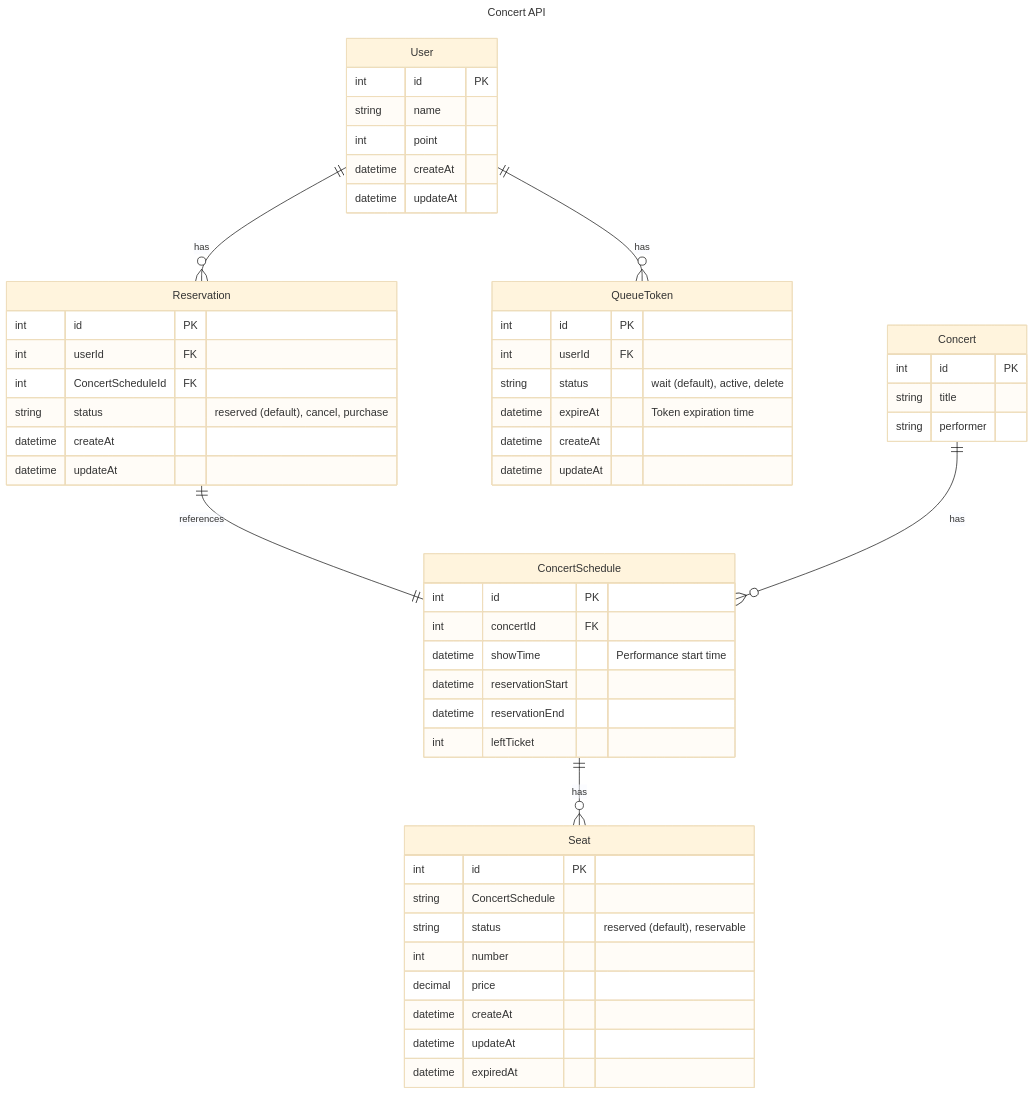
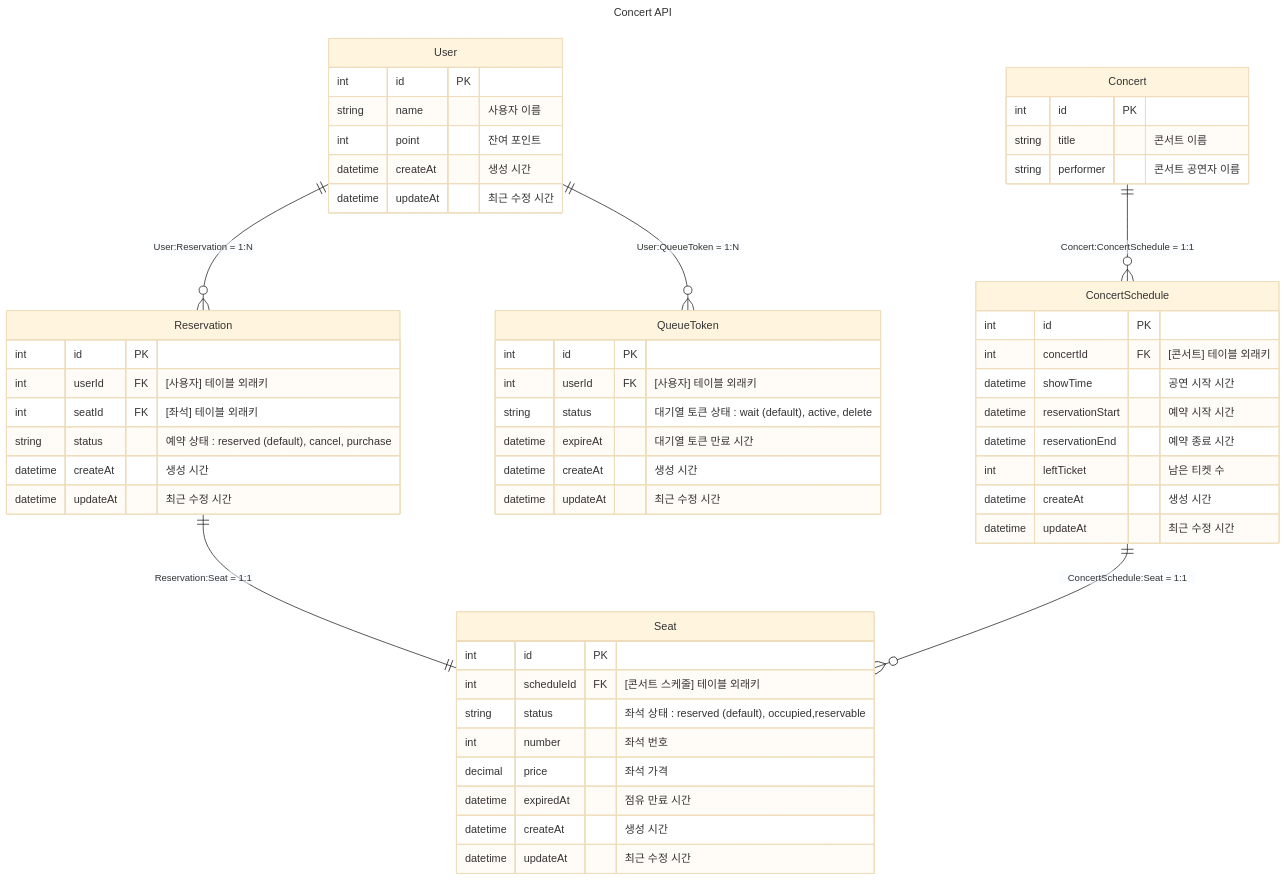
The diagram in design/erd/concertApi.md (GustavEiffels/hhplus_server_build), drawn with Mermaid (base theme) before and after one commit.

Commit message:
[fik] erd 수정 완료

````diff
--- a/design/erd/concertApi.md
+++ b/design/erd/concertApi.md
@@ -1,61 +1,64 @@
 ```mermaid
 ---
 title: Concert API
 ---
 erDiagram
     User {
-        int id PK
-        string name
-        int point
-        datetime createAt
-        datetime updateAt
+        int id PK           
+        string name         "사용자 이름 "
+        int point           "잔여 포인트"
+        datetime createAt   "생성 시간"
+        datetime updateAt   "최근 수정 시간"
     }
     Seat {
         int id PK
-        string ConcertSchedule
-        string status "reserved (default), reservable"
-        int number
-        decimal price
-        datetime createAt
-        datetime updateAt
-        datetime expiredAt
+        int scheduleId    FK    "[콘서트 스케줄] 테이블  외래키" 
+        string status           "좌석 상태 : reserved (default), occupied,reservable"
+        int number              "좌석 번호"
+        decimal price           "좌석 가격"
+        datetime expiredAt      "점유 만료 시간"
+        datetime createAt       "생성 시간"
+        datetime updateAt       "최근 수정 시간"
     }
     Reservation {
-        int id PK
-        int userId FK
-        int ConcertScheduleId FK
-        string status "reserved (default), cancel, purchase"
-        datetime createAt
-        datetime updateAt
+        int id PK               
+        int userId FK           "[사용자] 테이블 외래키"           
+        int seatId FK           "[좌석] 테이블 외래키"
+        string status           "예약 상태 : reserved (default), cancel, purchase"
+        datetime createAt       "생성 시간"
+        datetime updateAt       "최근 수정 시간"
     }
     QueueToken {
-        int id PK
-        int userId FK
-        string status "wait (default), active, delete"
-        datetime expireAt "Token expiration time"
-        datetime createAt
-        datetime updateAt
+        int id PK               
+        int userId FK       "[사용자] 테이블 외래키" 
+        string status       "대기열 토큰 상태 : wait (default), active, delete"
+        datetime expireAt   "대기열 토큰 만료 시간"
+        datetime createAt   "생성 시간"
+        datetime updateAt   "최근 수정 시간"
     }
 
     Concert {
-        int id PK
-        string title
-        string performer        
+        int id PK   
+        string title        "콘서트 이름"
+        string performer    "콘서트 공연자 이름"
     }
 
     ConcertSchedule {
         int id PK
-        int concertId FK
-        datetime showTime "Performance start time"
-        datetime reservationStart
-        datetime reservationEnd
-        int leftTicket
+        int concertId FK            "[콘서트] 테이블 외래키"
+        datetime showTime           "공연 시작 시간"
+        datetime reservationStart   "예약 시작 시간"
+        datetime reservationEnd     "예약 종료 시간"
+        int leftTicket              "남은 티켓 수"
+        datetime createAt           "생성 시간"
+        datetime updateAt           "최근 수정 시간"
+
     }
 
-    User ||--o{ Reservation : "has"
-    User ||--o{ QueueToken  : "has"
-    Reservation ||--|| ConcertSchedule : "references"
-    Concert ||--o{ ConcertSchedule : "has"
-    ConcertSchedule ||--o{ Seat : "has"
+    User ||--o{ Reservation : "User:Reservation = 1:N"
+    User ||--o{ QueueToken  : "User:QueueToken = 1:N"
+    Reservation ||--|| Seat : "Reservation:Seat = 1:1"
+    Concert ||--o{ ConcertSchedule : "Concert:ConcertSchedule = 1:1"
+    ConcertSchedule ||--o{ Seat : "ConcertSchedule:Seat = 1:1"
         
 ```
````
